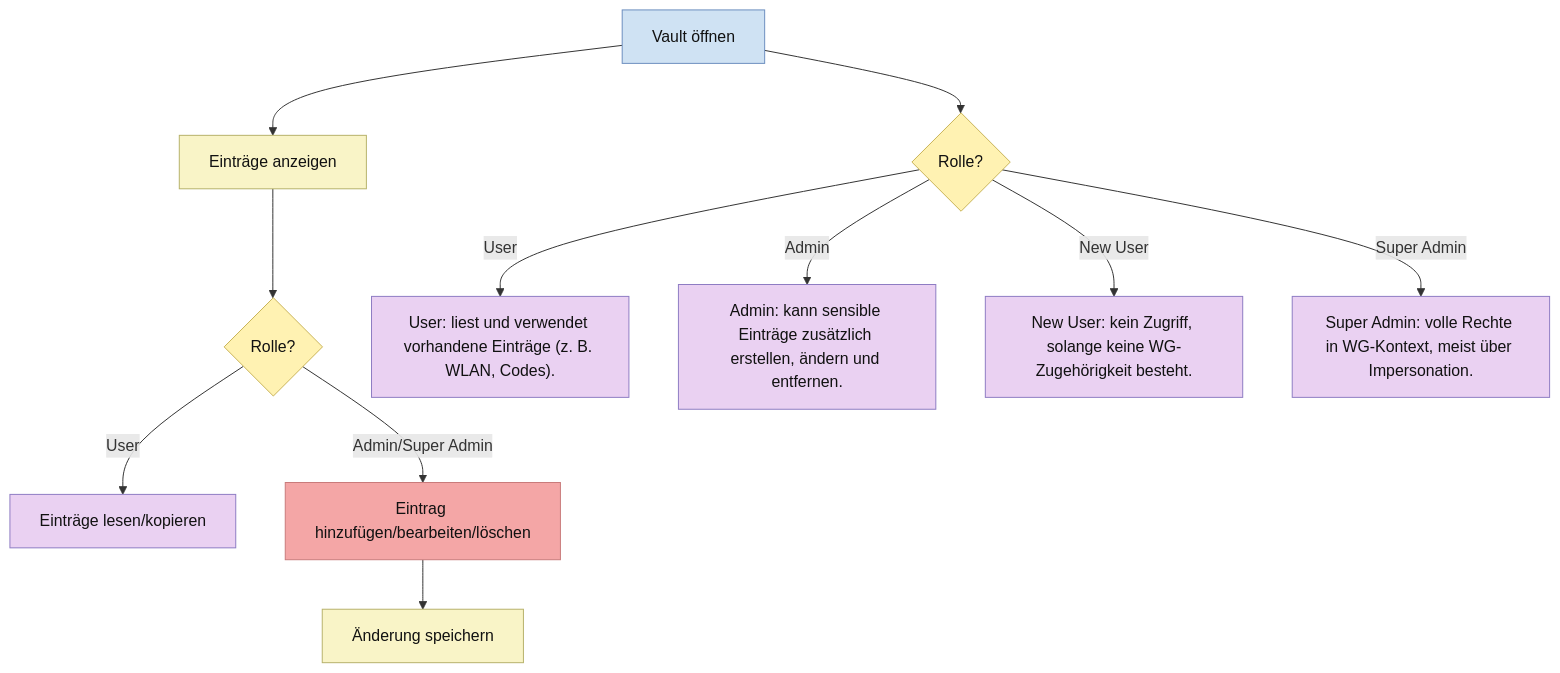
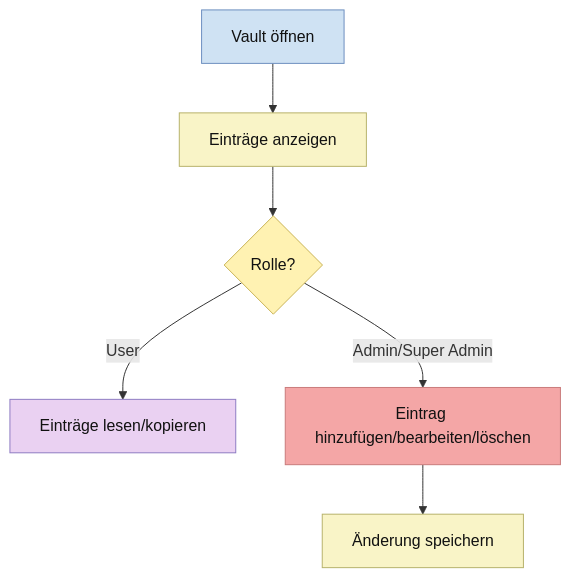
Diagram 13 of 27 in ABLAUFDIAGRAMM.md (Nejy190501/WGManager), drawn with Mermaid before and after one commit. The commit also changed other lines of this file, not shown here.

````diff
--- a/ABLAUFDIAGRAMM.md
+++ b/ABLAUFDIAGRAMM.md
@@ -677,35 +534,22 @@
 ```mermaid
 flowchart TD
     A["Vault öffnen"] --> B["Einträge anzeigen"]
     B --> C{"Rolle?"}
     C -->|User| D["Einträge lesen/kopieren"]
     C -->|Admin/Super Admin| E["Eintrag hinzufügen/bearbeiten/löschen"]
     E --> F["Änderung speichern"]
-
-
-    A --> RLQ{"Rolle?"}
-    RLU["User: liest und verwendet vorhandene Einträge (z. B. WLAN, Codes)."]
-    RLA["Admin: kann sensible Einträge zusätzlich erstellen, ändern und entfernen."]
-    RLN["New User: kein Zugriff, solange keine WG-Zugehörigkeit besteht."]
-    RLS["Super Admin: volle Rechte in WG-Kontext, meist über Impersonation."]
-    RLQ -->|User| RLU
-    RLQ -->|Admin| RLA
-    RLQ -->|New User| RLN
-    RLQ -->|Super Admin| RLS
 
     classDef userAction fill:#ead1f2,stroke:#8e7cc3,color:#111;
     classDef systemAction fill:#f9f4c7,stroke:#b7b26a,color:#111;
     classDef userDecision fill:#f4cccc,stroke:#cc7a7a,color:#111;
     classDef systemDecision fill:#fff2b2,stroke:#c9b458,color:#111;
     classDef button fill:#f4a6a6,stroke:#c97b7b,color:#111;
     classDef userInput fill:#f8d7da,stroke:#d49aa2,color:#111;
     classDef screen fill:#cfe2f3,stroke:#6c8ebf,color:#111;
 
     class B,F systemAction;
     class C systemDecision;
     class E button;
     class D userAction;
     class A screen;
-    class RLQ systemDecision;
-    class RLU,RLA,RLN,RLS userAction;
 ```
````
